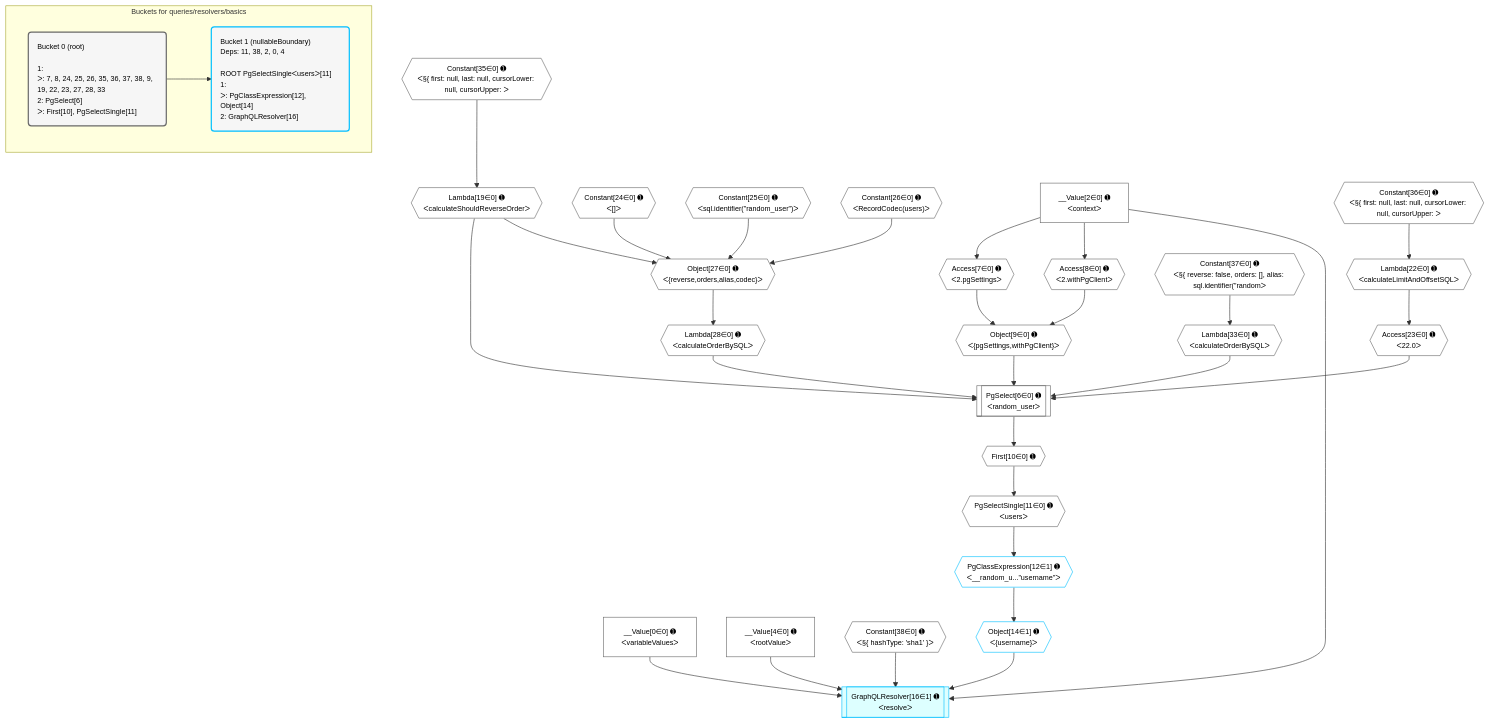
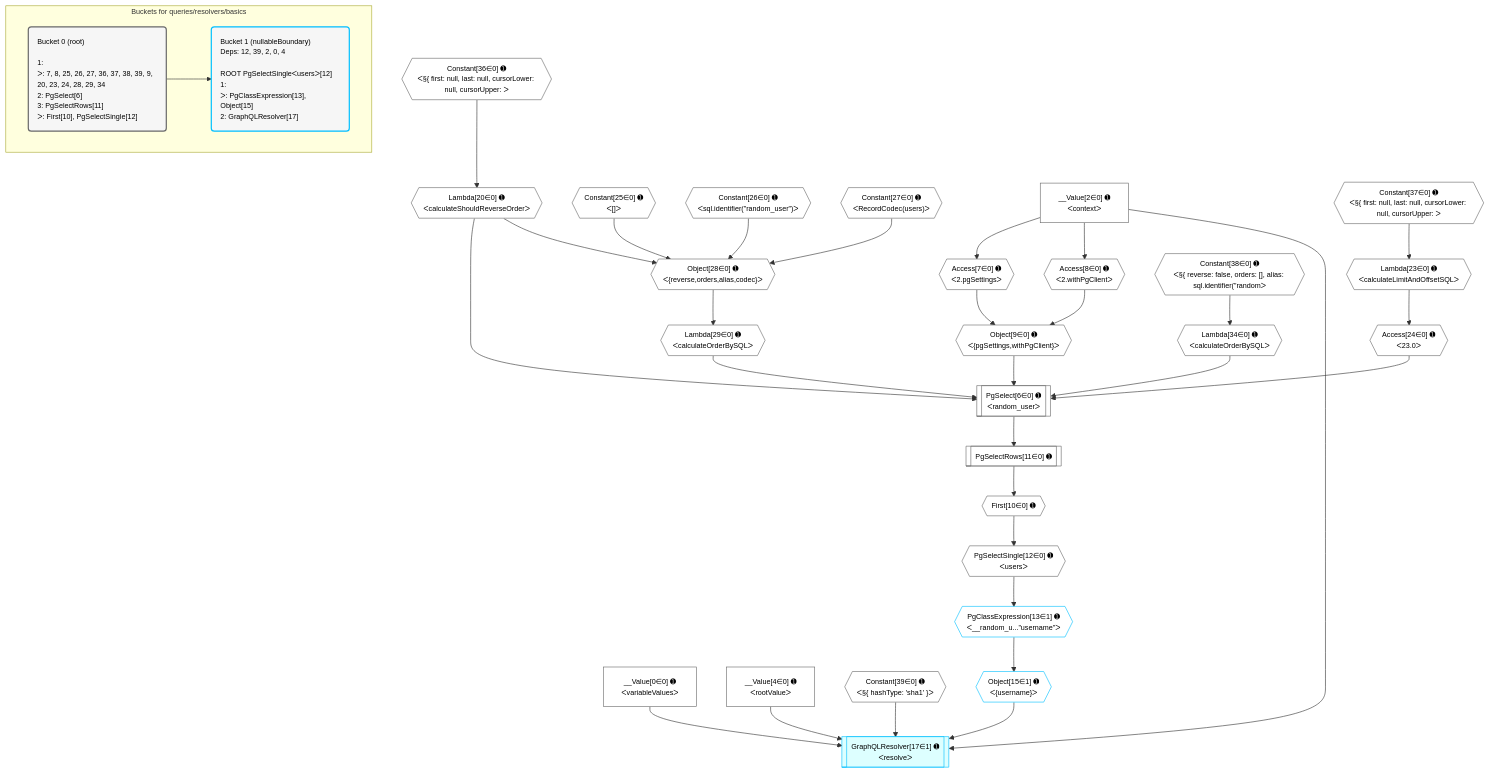
Before and after one commit to graphile/crystal: the diagram in grafast/dataplan-pg/__tests__/queries/resolvers/basics.mermaid, drawn with Mermaid. The commit also changed 213 other files, not shown here.

Commit message:
Update mermaid plans

```diff
--- a/grafast/dataplan-pg/__tests__/queries/resolvers/basics.mermaid
+++ b/grafast/dataplan-pg/__tests__/queries/resolvers/basics.mermaid
@@ -1,63 +1,65 @@
 %%{init: {'themeVariables': { 'fontSize': '12px'}}}%%
 graph TD
     classDef path fill:#eee,stroke:#000,color:#000
     classDef plan fill:#fff,stroke-width:1px,color:#000
     classDef itemplan fill:#fff,stroke-width:2px,color:#000
     classDef unbatchedplan fill:#dff,stroke-width:1px,color:#000
     classDef sideeffectplan fill:#fcc,stroke-width:2px,color:#000
     classDef bucket fill:#f6f6f6,color:#000,stroke-width:2px,text-align:left
 
 
     %% plan dependencies
     PgSelect6[["PgSelect[6∈0] ➊<br />ᐸrandom_userᐳ"]]:::plan
     Object9{{"Object[9∈0] ➊<br />ᐸ{pgSettings,withPgClient}ᐳ"}}:::plan
-    Lambda19{{"Lambda[19∈0] ➊<br />ᐸcalculateShouldReverseOrderᐳ"}}:::plan
-    Access23{{"Access[23∈0] ➊<br />ᐸ22.0ᐳ"}}:::plan
-    Lambda28{{"Lambda[28∈0] ➊<br />ᐸcalculateOrderBySQLᐳ"}}:::plan
-    Lambda33{{"Lambda[33∈0] ➊<br />ᐸcalculateOrderBySQLᐳ"}}:::plan
-    Object9 & Lambda19 & Access23 & Lambda28 & Lambda33 --> PgSelect6
-    Object27{{"Object[27∈0] ➊<br />ᐸ{reverse,orders,alias,codec}ᐳ"}}:::plan
-    Constant24{{"Constant[24∈0] ➊<br />ᐸ[]ᐳ"}}:::plan
-    Constant25{{"Constant[25∈0] ➊<br />ᐸsql.identifier(”random_user”)ᐳ"}}:::plan
-    Constant26{{"Constant[26∈0] ➊<br />ᐸRecordCodec(users)ᐳ"}}:::plan
-    Lambda19 & Constant24 & Constant25 & Constant26 --> Object27
+    Lambda20{{"Lambda[20∈0] ➊<br />ᐸcalculateShouldReverseOrderᐳ"}}:::plan
+    Access24{{"Access[24∈0] ➊<br />ᐸ23.0ᐳ"}}:::plan
+    Lambda29{{"Lambda[29∈0] ➊<br />ᐸcalculateOrderBySQLᐳ"}}:::plan
+    Lambda34{{"Lambda[34∈0] ➊<br />ᐸcalculateOrderBySQLᐳ"}}:::plan
+    Object9 & Lambda20 & Access24 & Lambda29 & Lambda34 --> PgSelect6
+    Object28{{"Object[28∈0] ➊<br />ᐸ{reverse,orders,alias,codec}ᐳ"}}:::plan
+    Constant25{{"Constant[25∈0] ➊<br />ᐸ[]ᐳ"}}:::plan
+    Constant26{{"Constant[26∈0] ➊<br />ᐸsql.identifier(”random_user”)ᐳ"}}:::plan
+    Constant27{{"Constant[27∈0] ➊<br />ᐸRecordCodec(users)ᐳ"}}:::plan
+    Lambda20 & Constant25 & Constant26 & Constant27 --> Object28
     Access7{{"Access[7∈0] ➊<br />ᐸ2.pgSettingsᐳ"}}:::plan
     Access8{{"Access[8∈0] ➊<br />ᐸ2.withPgClientᐳ"}}:::plan
     Access7 & Access8 --> Object9
     __Value2["__Value[2∈0] ➊<br />ᐸcontextᐳ"]:::plan
     __Value2 --> Access7
     __Value2 --> Access8
     First10{{"First[10∈0] ➊"}}:::plan
-    PgSelect6 --> First10
-    PgSelectSingle11{{"PgSelectSingle[11∈0] ➊<br />ᐸusersᐳ"}}:::plan
-    First10 --> PgSelectSingle11
-    Constant35{{"Constant[35∈0] ➊<br />ᐸ§{ first: null, last: null, cursorLower: null, cursorUpper: ᐳ"}}:::plan
-    Constant35 --> Lambda19
-    Lambda22{{"Lambda[22∈0] ➊<br />ᐸcalculateLimitAndOffsetSQLᐳ"}}:::plan
+    PgSelectRows11[["PgSelectRows[11∈0] ➊"]]:::plan
+    PgSelectRows11 --> First10
+    PgSelect6 --> PgSelectRows11
+    PgSelectSingle12{{"PgSelectSingle[12∈0] ➊<br />ᐸusersᐳ"}}:::plan
+    First10 --> PgSelectSingle12
     Constant36{{"Constant[36∈0] ➊<br />ᐸ§{ first: null, last: null, cursorLower: null, cursorUpper: ᐳ"}}:::plan
-    Constant36 --> Lambda22
-    Lambda22 --> Access23
-    Object27 --> Lambda28
-    Constant37{{"Constant[37∈0] ➊<br />ᐸ§{ reverse: false, orders: [], alias: sql.identifier(”randomᐳ"}}:::plan
-    Constant37 --> Lambda33
+    Constant36 --> Lambda20
+    Lambda23{{"Lambda[23∈0] ➊<br />ᐸcalculateLimitAndOffsetSQLᐳ"}}:::plan
+    Constant37{{"Constant[37∈0] ➊<br />ᐸ§{ first: null, last: null, cursorLower: null, cursorUpper: ᐳ"}}:::plan
+    Constant37 --> Lambda23
+    Lambda23 --> Access24
+    Object28 --> Lambda29
+    Constant38{{"Constant[38∈0] ➊<br />ᐸ§{ reverse: false, orders: [], alias: sql.identifier(”randomᐳ"}}:::plan
+    Constant38 --> Lambda34
     __Value0["__Value[0∈0] ➊<br />ᐸvariableValuesᐳ"]:::plan
     __Value4["__Value[4∈0] ➊<br />ᐸrootValueᐳ"]:::plan
-    Constant38{{"Constant[38∈0] ➊<br />ᐸ§{ hashType: 'sha1' }ᐳ"}}:::plan
-    GraphQLResolver16[["GraphQLResolver[16∈1] ➊<br />ᐸresolveᐳ"]]:::unbatchedplan
-    Object14{{"Object[14∈1] ➊<br />ᐸ{username}ᐳ"}}:::plan
-    Object14 & Constant38 & __Value2 & __Value0 & __Value4 --> GraphQLResolver16
-    PgClassExpression12{{"PgClassExpression[12∈1] ➊<br />ᐸ__random_u...”username”ᐳ"}}:::plan
-    PgSelectSingle11 --> PgClassExpression12
-    PgClassExpression12 --> Object14
+    Constant39{{"Constant[39∈0] ➊<br />ᐸ§{ hashType: 'sha1' }ᐳ"}}:::plan
+    GraphQLResolver17[["GraphQLResolver[17∈1] ➊<br />ᐸresolveᐳ"]]:::unbatchedplan
+    Object15{{"Object[15∈1] ➊<br />ᐸ{username}ᐳ"}}:::plan
+    Object15 & Constant39 & __Value2 & __Value0 & __Value4 --> GraphQLResolver17
+    PgClassExpression13{{"PgClassExpression[13∈1] ➊<br />ᐸ__random_u...”username”ᐳ"}}:::plan
+    PgSelectSingle12 --> PgClassExpression13
+    PgClassExpression13 --> Object15
 
     %% define steps
 
     subgraph "Buckets for queries/resolvers/basics"
-    Bucket0("Bucket 0 (root)<br /><br />1: <br />ᐳ: 7, 8, 24, 25, 26, 35, 36, 37, 38, 9, 19, 22, 23, 27, 28, 33<br />2: PgSelect[6]<br />ᐳ: First[10], PgSelectSingle[11]"):::bucket
+    Bucket0("Bucket 0 (root)<br /><br />1: <br />ᐳ: 7, 8, 25, 26, 27, 36, 37, 38, 39, 9, 20, 23, 24, 28, 29, 34<br />2: PgSelect[6]<br />3: PgSelectRows[11]<br />ᐳ: First[10], PgSelectSingle[12]"):::bucket
     classDef bucket0 stroke:#696969
-    class Bucket0,__Value0,__Value2,__Value4,PgSelect6,Access7,Access8,Object9,First10,PgSelectSingle11,Lambda19,Lambda22,Access23,Constant24,Constant25,Constant26,Object27,Lambda28,Lambda33,Constant35,Constant36,Constant37,Constant38 bucket0
-    Bucket1("Bucket 1 (nullableBoundary)<br />Deps: 11, 38, 2, 0, 4<br /><br />ROOT PgSelectSingleᐸusersᐳ[11]<br />1: <br />ᐳ: PgClassExpression[12], Object[14]<br />2: GraphQLResolver[16]"):::bucket
+    class Bucket0,__Value0,__Value2,__Value4,PgSelect6,Access7,Access8,Object9,First10,PgSelectRows11,PgSelectSingle12,Lambda20,Lambda23,Access24,Constant25,Constant26,Constant27,Object28,Lambda29,Lambda34,Constant36,Constant37,Constant38,Constant39 bucket0
+    Bucket1("Bucket 1 (nullableBoundary)<br />Deps: 12, 39, 2, 0, 4<br /><br />ROOT PgSelectSingleᐸusersᐳ[12]<br />1: <br />ᐳ: PgClassExpression[13], Object[15]<br />2: GraphQLResolver[17]"):::bucket
     classDef bucket1 stroke:#00bfff
-    class Bucket1,PgClassExpression12,Object14,GraphQLResolver16 bucket1
+    class Bucket1,PgClassExpression13,Object15,GraphQLResolver17 bucket1
     Bucket0 --> Bucket1
     end
```
